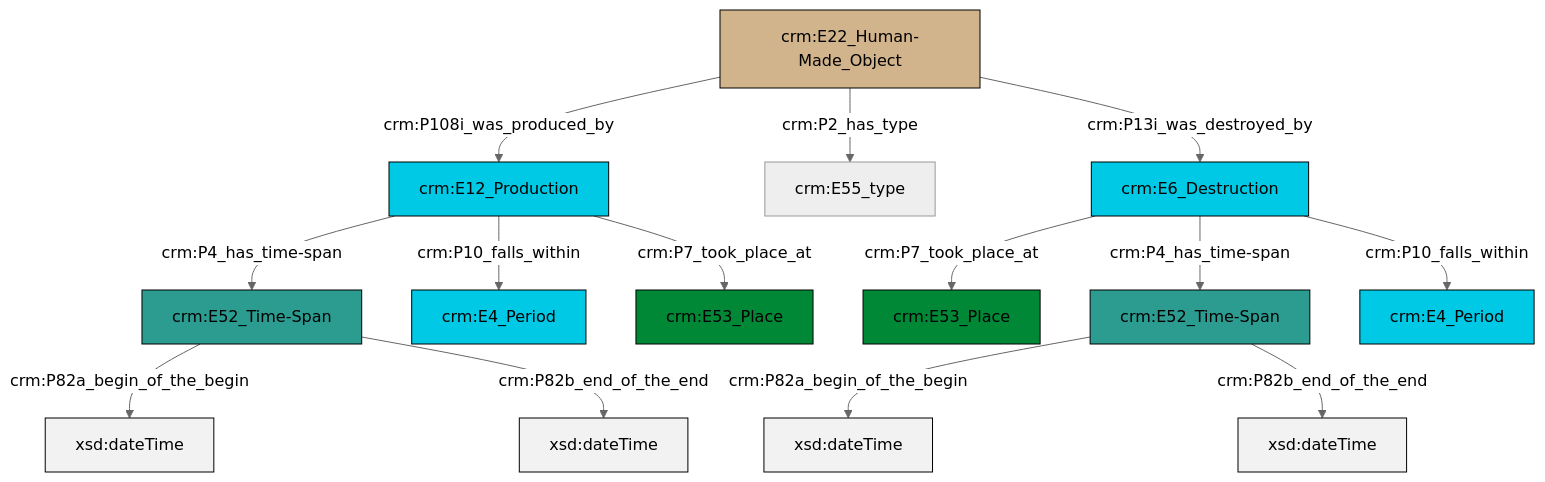
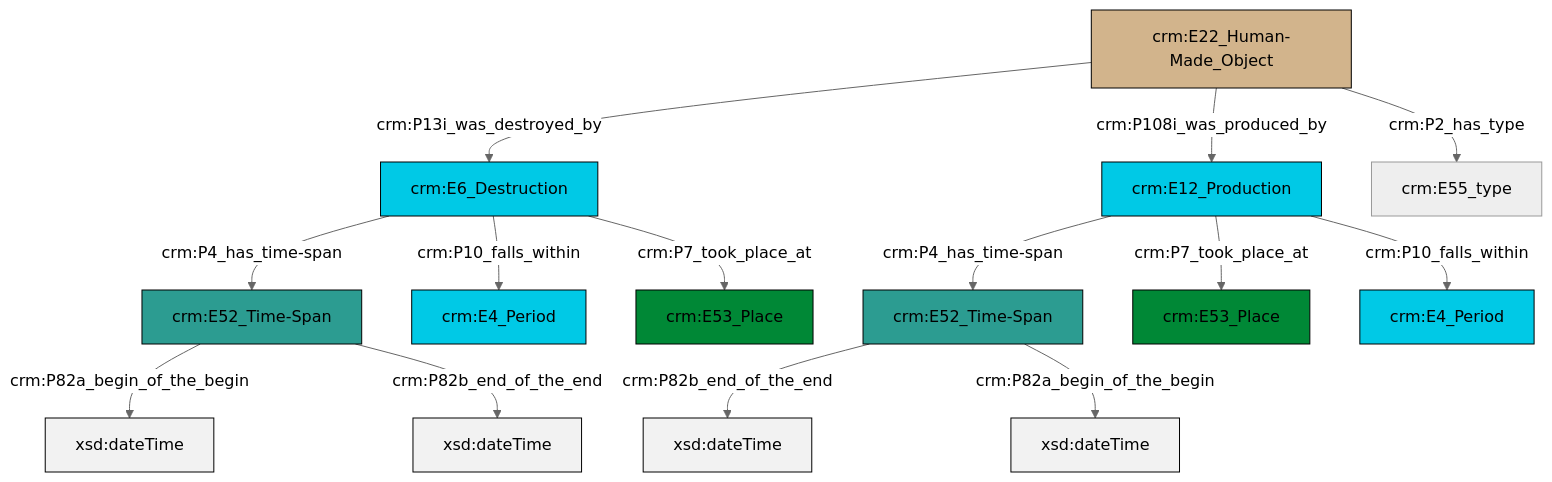
Before and after one commit to swiss-art-research-net/reference-data-models: the diagram in et/artworkCSV/ttl/mmd/Artwork_Existence.ttl.mmd, drawn with Mermaid (neutral theme). The commit also changed 122 other files, not shown here.

```diff
--- a/et/artworkCSV/ttl/mmd/Artwork_Existence.ttl.mmd
+++ b/et/artworkCSV/ttl/mmd/Artwork_Existence.ttl.mmd
@@ -1,28 +1,28 @@
 graph TD
 classDef Literal fill:#f2f2f2,stroke:#000000;
 classDef CRM_Entity fill:#FFFFFF,stroke:#000000;
 classDef Temporal_Entity fill:#00C9E6, stroke:#000000;
 classDef Type fill:#E18312, stroke:#000000;
 classDef Time-Span fill:#2C9C91, stroke:#000000;
 classDef Appellation fill:#FFEB7F, stroke:#000000;
 classDef Place fill:#008836, stroke:#000000;
 classDef Persistent_Item fill:#B266B2, stroke:#000000;
 classDef Conceptual_Object fill:#FFD700, stroke:#000000;
 classDef Physical_Thing fill:#D2B48C, stroke:#000000;
 classDef Actor fill:#f58aad, stroke:#000000;
 classDef PC_Classes fill:#4ce600, stroke:#000000;
 classDef Multi fill:#cccccc,stroke:#000000;
 
-0["crm:E6_Destruction"]:::Temporal_Entity -->|crm:P7_took_place_at| 1["crm:E53_Place"]:::Place
-5["crm:E22_Human-Made_Object"]:::Physical_Thing -->|crm:P108i_was_produced_by| 6["crm:E12_Production"]:::Temporal_Entity
-8["crm:E52_Time-Span"]:::Time-Span -->|crm:P82a_begin_of_the_begin| 9[xsd:dateTime]:::Literal
-10["crm:E52_Time-Span"]:::Time-Span -->|crm:P82a_begin_of_the_begin| 11[xsd:dateTime]:::Literal
-6["crm:E12_Production"]:::Temporal_Entity -->|crm:P4_has_time-span| 10["crm:E52_Time-Span"]:::Time-Span
-5["crm:E22_Human-Made_Object"]:::Physical_Thing -->|crm:P2_has_type| 14["crm:E55_type"]:::Default
-5["crm:E22_Human-Made_Object"]:::Physical_Thing -->|crm:P13i_was_destroyed_by| 0["crm:E6_Destruction"]:::Temporal_Entity
-0["crm:E6_Destruction"]:::Temporal_Entity -->|crm:P4_has_time-span| 8["crm:E52_Time-Span"]:::Time-Span
-6["crm:E12_Production"]:::Temporal_Entity -->|crm:P10_falls_within| 3["crm:E4_Period"]:::Temporal_Entity
-8["crm:E52_Time-Span"]:::Time-Span -->|crm:P82b_end_of_the_end| 15[xsd:dateTime]:::Literal
-6["crm:E12_Production"]:::Temporal_Entity -->|crm:P7_took_place_at| 16["crm:E53_Place"]:::Place
-10["crm:E52_Time-Span"]:::Time-Span -->|crm:P82b_end_of_the_end| 20[xsd:dateTime]:::Literal
-0["crm:E6_Destruction"]:::Temporal_Entity -->|crm:P10_falls_within| 17["crm:E4_Period"]:::Temporal_Entity
+0["crm:E6_Destruction"]:::Temporal_Entity -->|crm:P4_has_time-span| 1["crm:E52_Time-Span"]:::Time-Span
+2["crm:E12_Production"]:::Temporal_Entity -->|crm:P4_has_time-span| 3["crm:E52_Time-Span"]:::Time-Span
+1["crm:E52_Time-Span"]:::Time-Span -->|crm:P82a_begin_of_the_begin| 4[xsd:dateTime]:::Literal
+1["crm:E52_Time-Span"]:::Time-Span -->|crm:P82b_end_of_the_end| 6[xsd:dateTime]:::Literal
+7["crm:E22_Human-Made_Object"]:::Physical_Thing -->|crm:P13i_was_destroyed_by| 0["crm:E6_Destruction"]:::Temporal_Entity
+0["crm:E6_Destruction"]:::Temporal_Entity -->|crm:P10_falls_within| 10["crm:E4_Period"]:::Temporal_Entity
+3["crm:E52_Time-Span"]:::Time-Span -->|crm:P82b_end_of_the_end| 11[xsd:dateTime]:::Literal
+7["crm:E22_Human-Made_Object"]:::Physical_Thing -->|crm:P108i_was_produced_by| 2["crm:E12_Production"]:::Temporal_Entity
+7["crm:E22_Human-Made_Object"]:::Physical_Thing -->|crm:P2_has_type| 17["crm:E55_type"]:::Default
+2["crm:E12_Production"]:::Temporal_Entity -->|crm:P7_took_place_at| 8["crm:E53_Place"]:::Place
+0["crm:E6_Destruction"]:::Temporal_Entity -->|crm:P7_took_place_at| 12["crm:E53_Place"]:::Place
+2["crm:E12_Production"]:::Temporal_Entity -->|crm:P10_falls_within| 15["crm:E4_Period"]:::Temporal_Entity
+3["crm:E52_Time-Span"]:::Time-Span -->|crm:P82a_begin_of_the_begin| 22[xsd:dateTime]:::Literal
```
